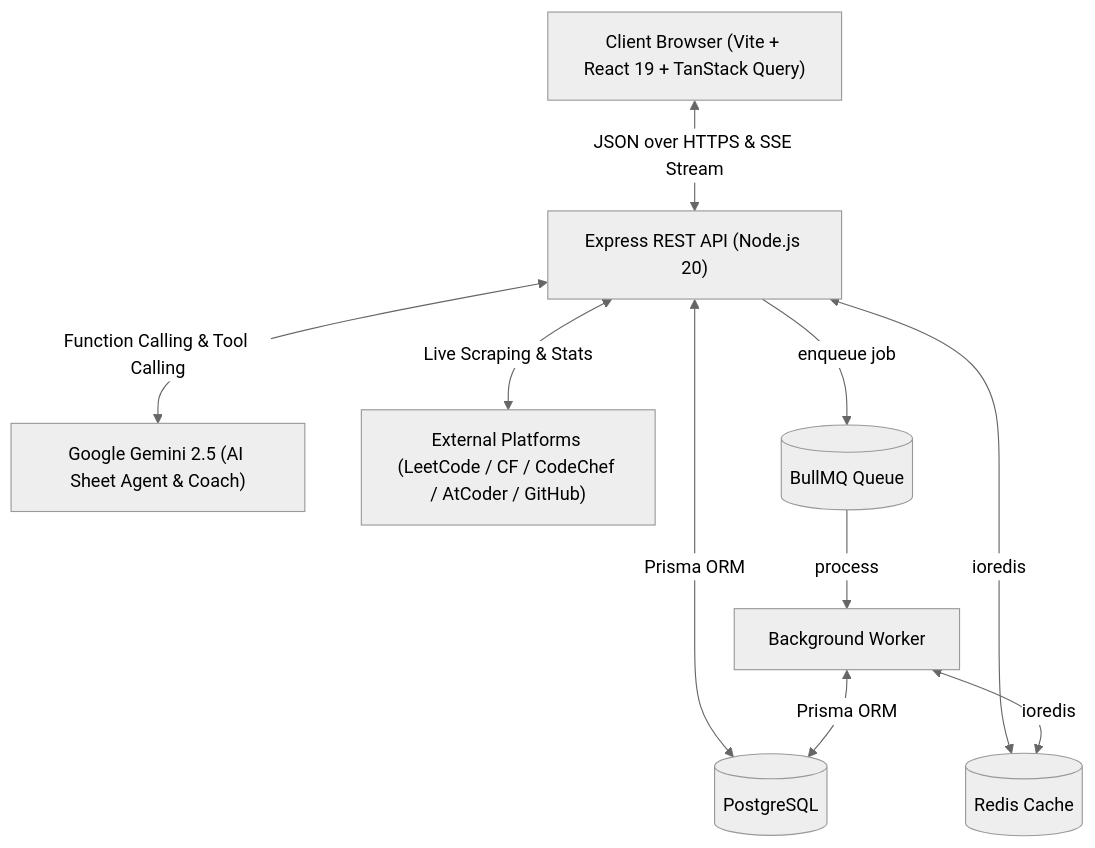
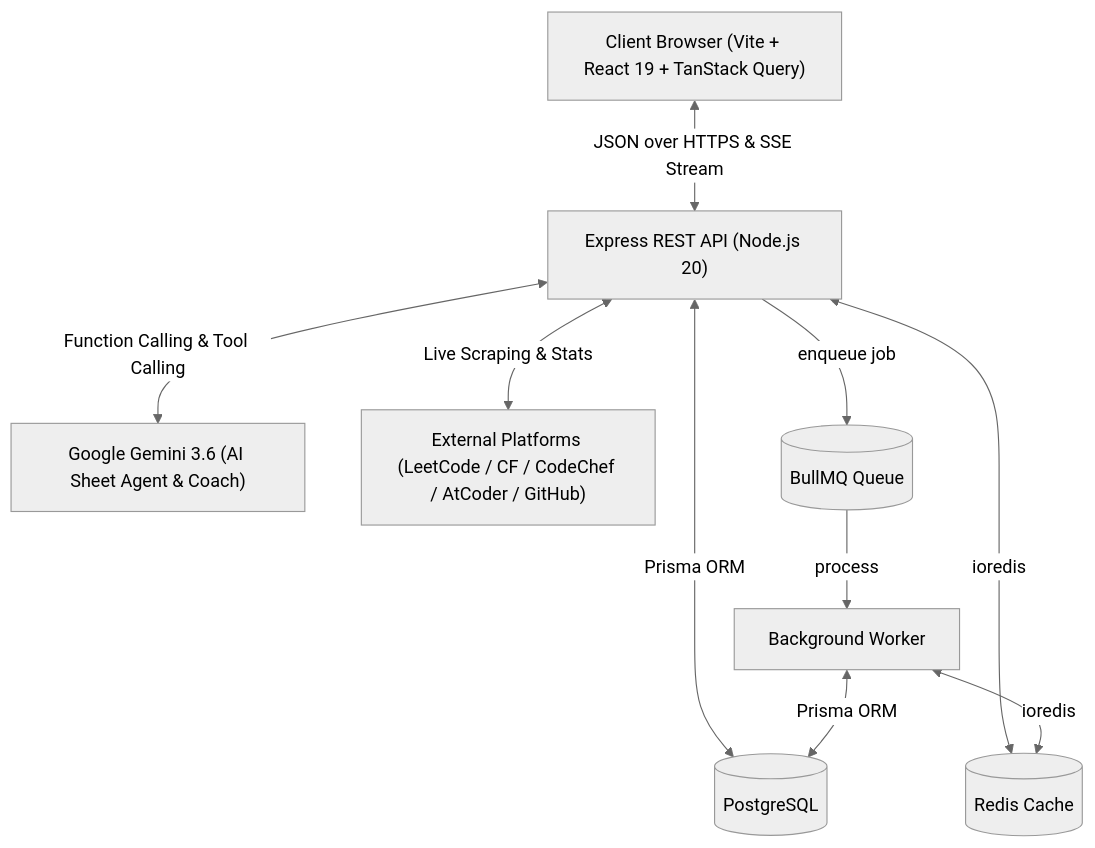
One commit to pulkitjaincs/AlgoForge changed the first of 2 diagrams in ARCHITECTURE.md. Above: the diagram before and after it, drawn with Mermaid (neutral theme). The commit also changed other lines of this file and 4 other files, not shown here.

Commit message:
fix: update Google Gemini references to version 3.6 and adjust related functionality

````diff
--- a/ARCHITECTURE.md
+++ b/ARCHITECTURE.md
@@ -7,21 +7,21 @@
 ```mermaid
 graph TD
     Client["Client Browser (Vite + React 19 + TanStack Query)"]
     API["Express REST API (Node.js 20)"]
     DB[("PostgreSQL")]
     Cache[("Redis Cache")]
-    Gemini["Google Gemini 2.5 (AI Sheet Agent & Coach)"]
+    Gemini["Google Gemini 3.6 (AI Sheet Agent & Coach)"]
     Platforms["External Platforms (LeetCode / CF / CodeChef / AtCoder / GitHub)"]
     BullMQ[("BullMQ Queue")]
     Worker["Background Worker"]
 
     Client <-->|"JSON over HTTPS & SSE Stream"| API
     API <-->|"Prisma ORM"| DB
     API <-->|"ioredis"| Cache
     API <-->|"Function Calling & Tool Calling"| Gemini
     API <-->|"Live Scraping & Stats"| Platforms
     API -->|"enqueue job"| BullMQ
     BullMQ -->|"process"| Worker
     Worker <-->|"Prisma ORM"| DB
     Worker <-->|"ioredis"| Cache
 ```
````
